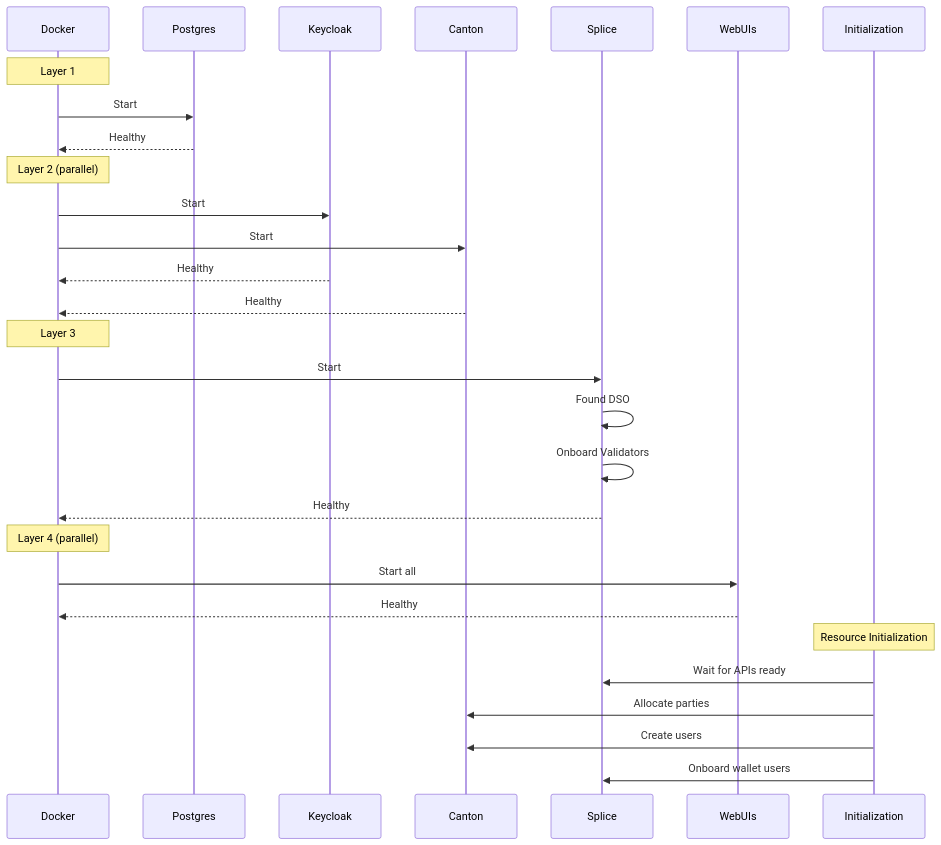
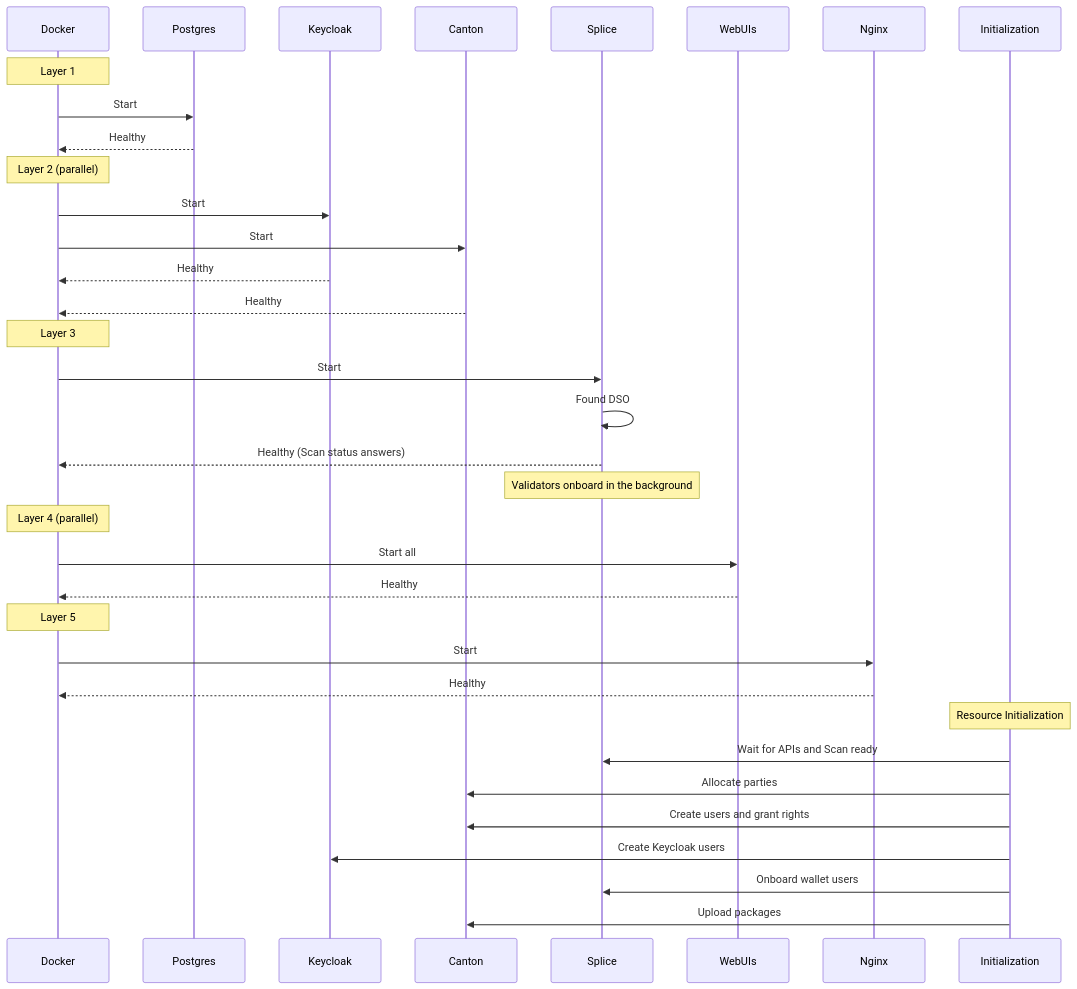
One commit to denex-io/denex-network-manager changed the fifth of 7 diagrams in site/src/content/docs/how-it-works/architecture.md. Above: the diagram before and after it, drawn with Mermaid. The commit also changed other lines of this file and 34 other files, not shown here.

````diff
--- a/site/src/content/docs/how-it-works/architecture.md
+++ b/site/src/content/docs/how-it-works/architecture.md
@@ -464,36 +492,43 @@
 ```mermaid
 sequenceDiagram
     participant Docker
     participant Postgres
     participant Keycloak
     participant Canton
     participant Splice
     participant WebUIs
+    participant Nginx
     participant Init as Initialization
     
     Note over Docker: Layer 1
     Docker->>Postgres: Start
     Postgres-->>Docker: Healthy
     
     Note over Docker: Layer 2 (parallel)
     Docker->>Keycloak: Start
     Docker->>Canton: Start
     Keycloak-->>Docker: Healthy
     Canton-->>Docker: Healthy
     
     Note over Docker: Layer 3
     Docker->>Splice: Start
     Splice->>Splice: Found DSO
-    Splice->>Splice: Onboard Validators
-    Splice-->>Docker: Healthy
+    Splice-->>Docker: Healthy (Scan status answers)
+    Note over Splice: Validators onboard in the background
     
     Note over Docker: Layer 4 (parallel)
     Docker->>WebUIs: Start all
     WebUIs-->>Docker: Healthy
+
+    Note over Docker: Layer 5
+    Docker->>Nginx: Start
+    Nginx-->>Docker: Healthy
     
     Note over Init: Resource Initialization
-    Init->>Splice: Wait for APIs ready
+    Init->>Splice: Wait for APIs and Scan ready
     Init->>Canton: Allocate parties
-    Init->>Canton: Create users
+    Init->>Canton: Create users and grant rights
+    Init->>Keycloak: Create Keycloak users
     Init->>Splice: Onboard wallet users
+    Init->>Canton: Upload packages
 ```
````
